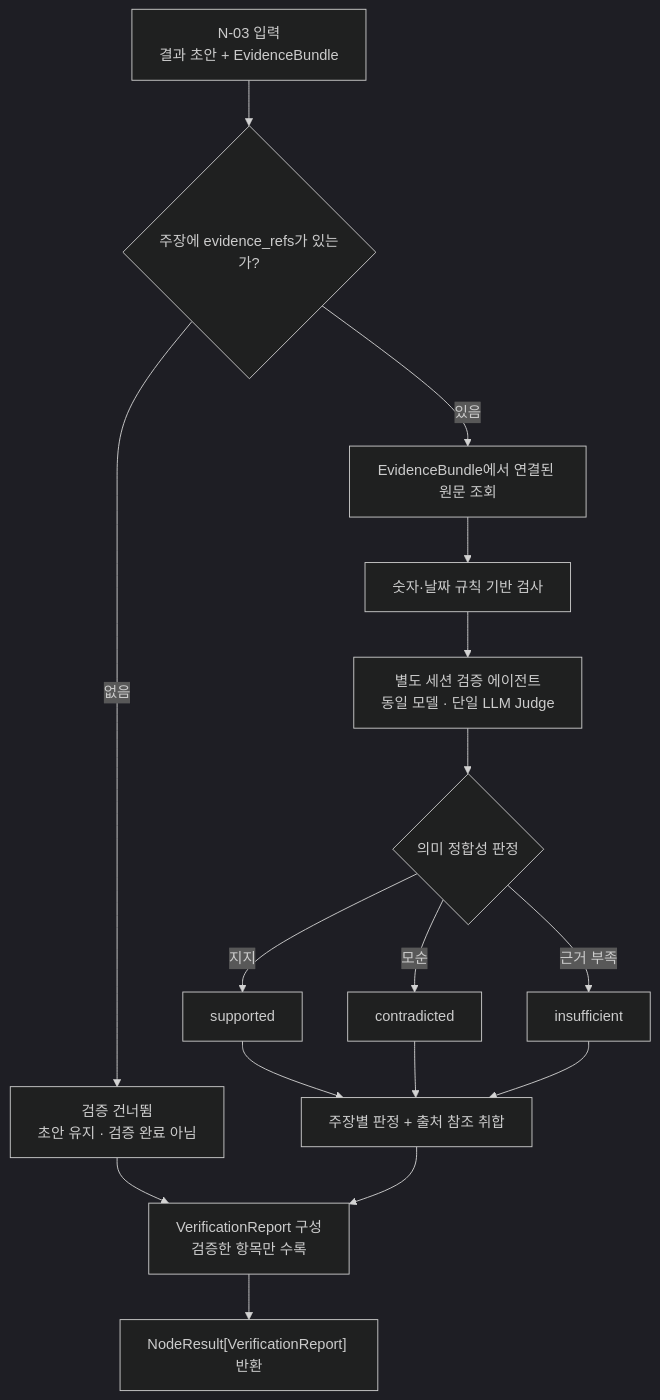
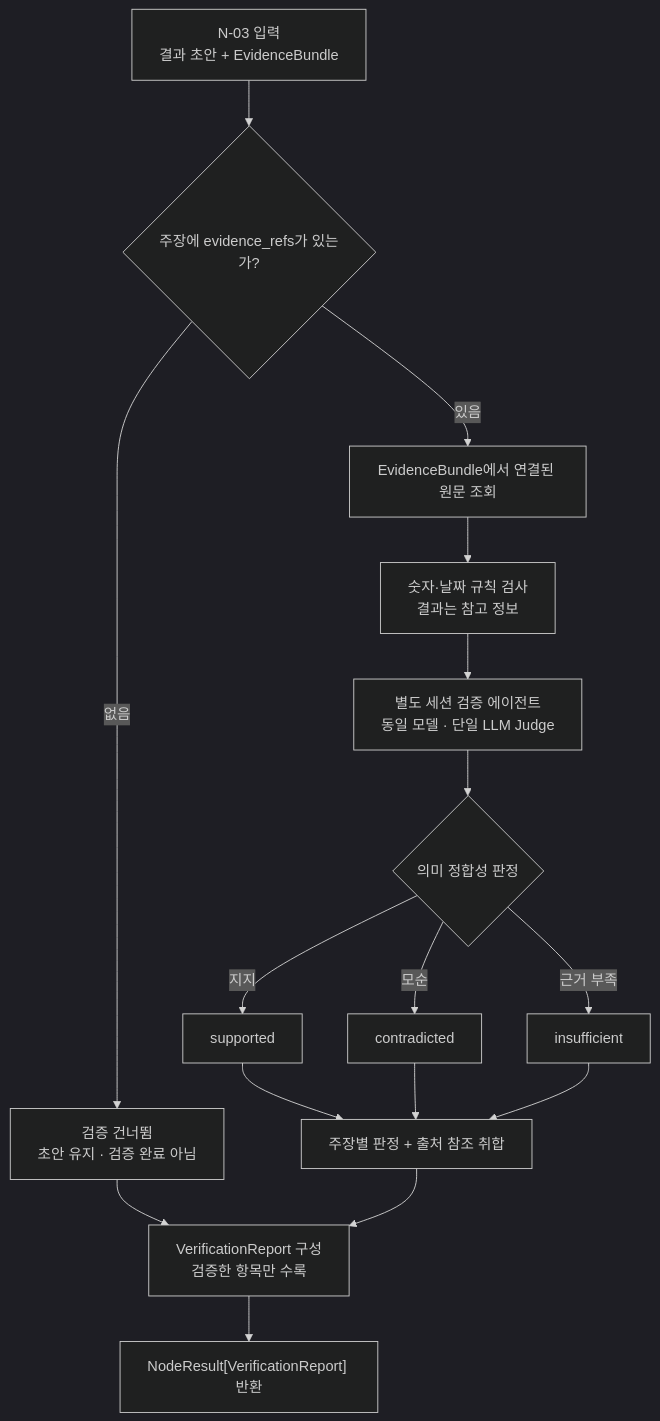
Before and after one commit to Jungminii-1114/ReportAnchor: the first of 2 diagrams in docs/small-nodes/N-03.md, drawn with Mermaid (dark theme). The commit also changed other lines of this file and 15 other files, not shown here.

````diff
--- a/docs/small-nodes/N-03.md
+++ b/docs/small-nodes/N-03.md
@@ -69,18 +69,18 @@
 ```mermaid
 flowchart TD
     A["N-03 입력<br/>결과 초안 + EvidenceBundle"] --> B{"주장에 evidence_refs가 있는가?"}
     B -->|"없음"| X["검증 건너뜀<br/>초안 유지 · 검증 완료 아님"]
     B -->|"있음"| C["EvidenceBundle에서 연결된 원문 조회"]
-    C --> D["숫자·날짜 규칙 기반 검사"]
+    C --> D["숫자·날짜 규칙 검사<br/>결과는 참고 정보"]
     D --> E["별도 세션 검증 에이전트<br/>동일 모델 · 단일 LLM Judge"]
     E --> F{"의미 정합성 판정"}
     F -->|"지지"| G["supported"]
     F -->|"모순"| H["contradicted"]
     F -->|"근거 부족"| I["insufficient"]
     G --> J["주장별 판정 + 출처 참조 취합"]
     H --> J
     I --> J
     X --> L["VerificationReport 구성<br/>검증한 항목만 수록"]
     J --> L
     L --> R["NodeResult[VerificationReport] 반환"]
 ```
````
